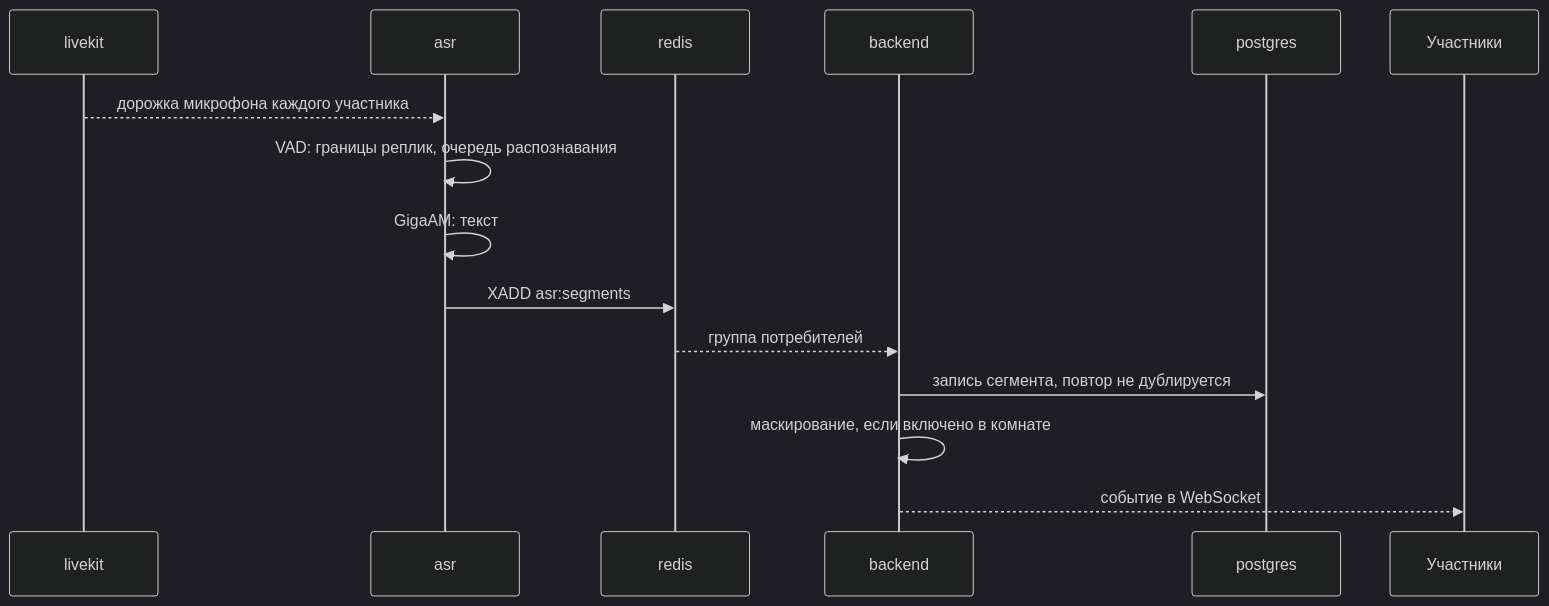
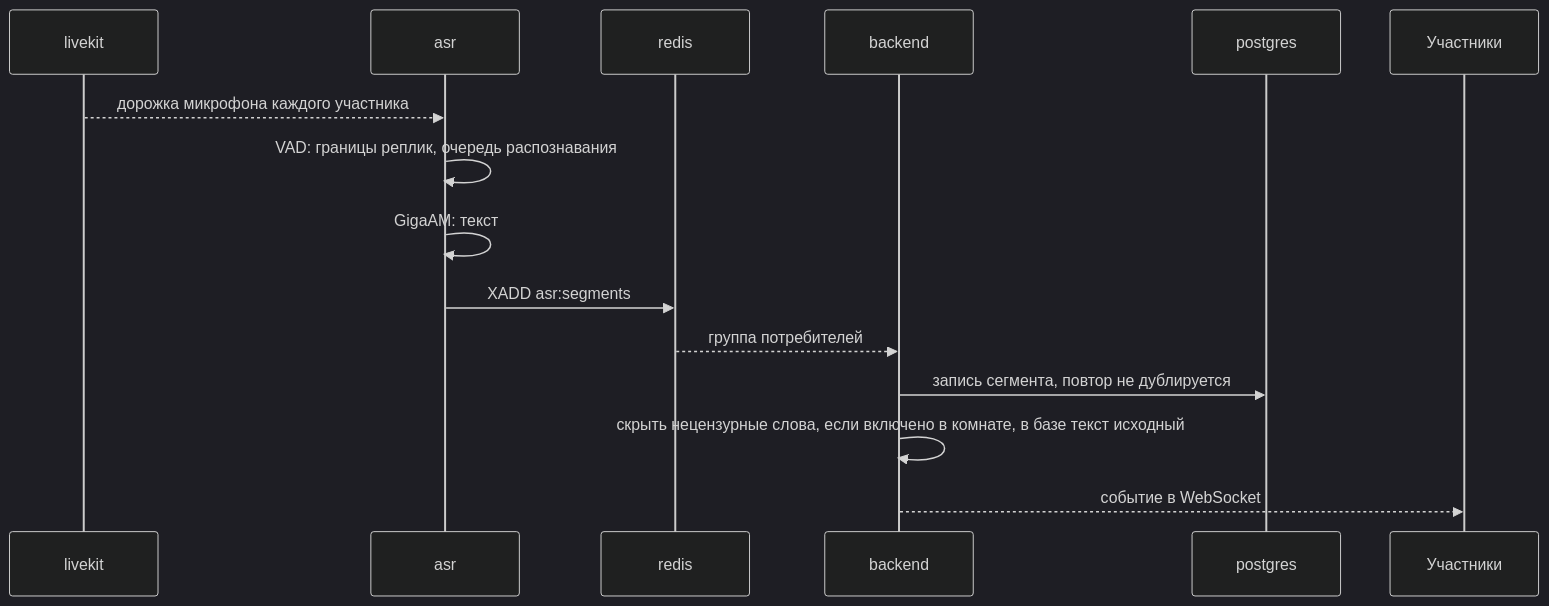
The fifth of 7 diagrams in wiki/Архитектура-Последовательности-встреч.md (calleograph/peregovorka), drawn with Mermaid (dark theme) before and after one commit. The commit also changed other lines of this file and 73 other files, not shown here.

````diff
--- a/wiki/Архитектура-Последовательности-встреч.md
+++ b/wiki/Архитектура-Последовательности-встреч.md
@@ -130,17 +136,17 @@
 ```mermaid
 sequenceDiagram
   participant LK as livekit
   participant A as asr
   participant R as redis
   participant B as backend
   participant DB as postgres
   participant C as Участники
   LK-->>A: дорожка микрофона каждого участника
   A->>A: VAD: границы реплик, очередь распознавания
   A->>A: GigaAM: текст
   A->>R: XADD asr:segments
   R-->>B: группа потребителей
   B->>DB: запись сегмента, повтор не дублируется
-  B->>B: маскирование, если включено в комнате
+  B->>B: скрыть нецензурные слова, если включено в комнате, в базе текст исходный
   B-->>C: событие в WebSocket
 ```
````
